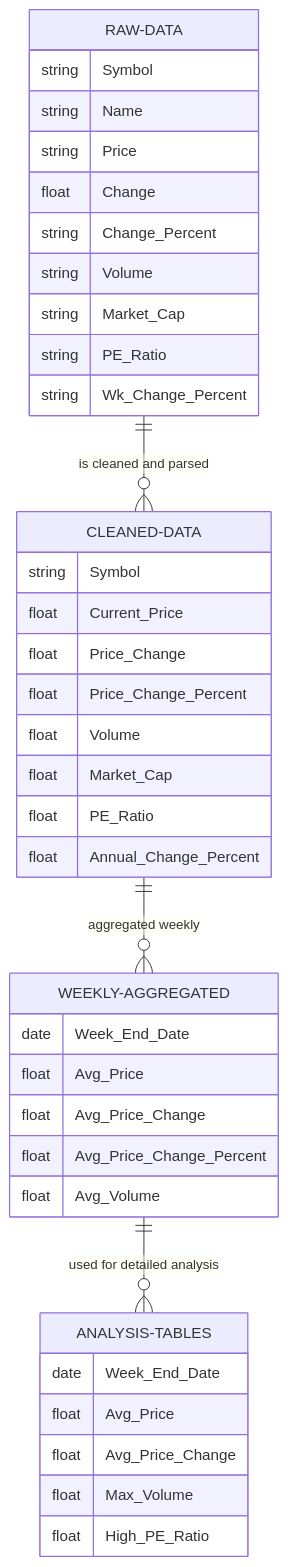
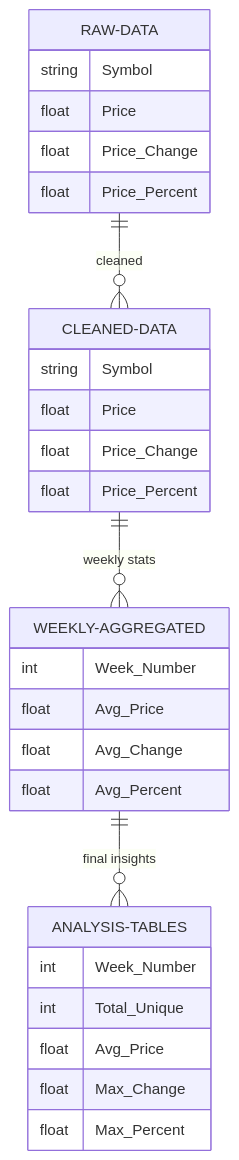
One commit to KanittaSrichan/SP25_DS5111_uay3yb changed the diagram in ERD.md. Above: the diagram before and after it, drawn with Mermaid. The commit also changed other lines of this file and 2 other files, not shown here.

````diff
--- a/ERD.md
+++ b/ERD.md
@@ -25,45 +22,35 @@
 ```mermaid
 erDiagram
-    RAW-DATA ||--o{ CLEANED-DATA : "is cleaned and parsed"
-    CLEANED-DATA ||--o{ WEEKLY-AGGREGATED : "aggregated weekly"
-    WEEKLY-AGGREGATED ||--o{ ANALYSIS-TABLES : "used for detailed analysis"
+    RAW-DATA ||--o{ CLEANED-DATA : "cleaned"
+    CLEANED-DATA ||--o{ WEEKLY-AGGREGATED : "weekly stats"
+    WEEKLY-AGGREGATED ||--o{ ANALYSIS-TABLES : "final insights"
 
     RAW-DATA {
         string Symbol
-        string Name
-        string Price
-        float Change
-        string Change_Percent
-        string Volume
-        string Market_Cap
-        string PE_Ratio
-        string Wk_Change_Percent
+        float Price
+        float Price_Change
+        float Price_Percent
     }
 
     CLEANED-DATA {
         string Symbol
-        float Current_Price
+        float Price
         float Price_Change
-        float Price_Change_Percent
-        float Volume
-        float Market_Cap
-        float PE_Ratio
-        float Annual_Change_Percent
+        float Price_Percent
     }
 
     WEEKLY-AGGREGATED {
-        date Week_End_Date
+        int Week_Number
         float Avg_Price
-        float Avg_Price_Change
-        float Avg_Price_Change_Percent
-        float Avg_Volume
+        float Avg_Change
+        float Avg_Percent
     }
 
     ANALYSIS-TABLES {
-        date Week_End_Date
+        int Week_Number
+        int Total_Unique
         float Avg_Price
-        float Avg_Price_Change
-        float Max_Volume
-        float High_PE_Ratio
+        float Max_Change
+        float Max_Percent
     }
 ```
````
